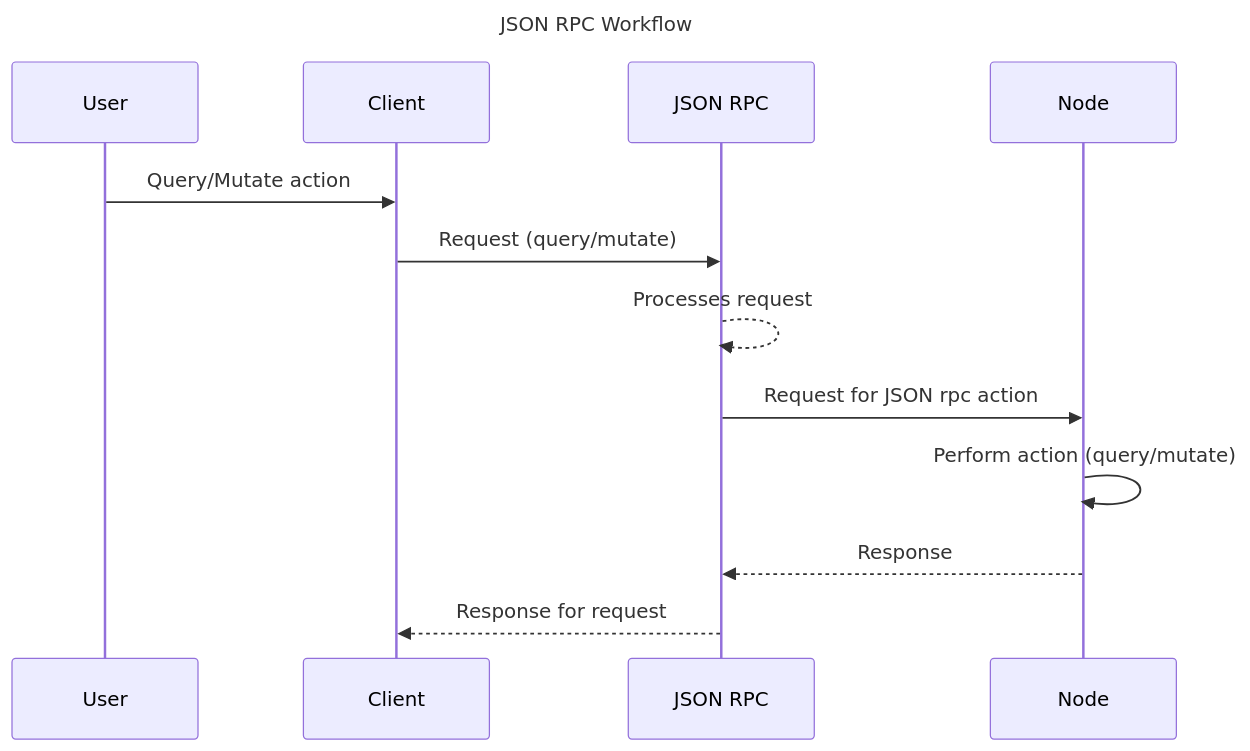
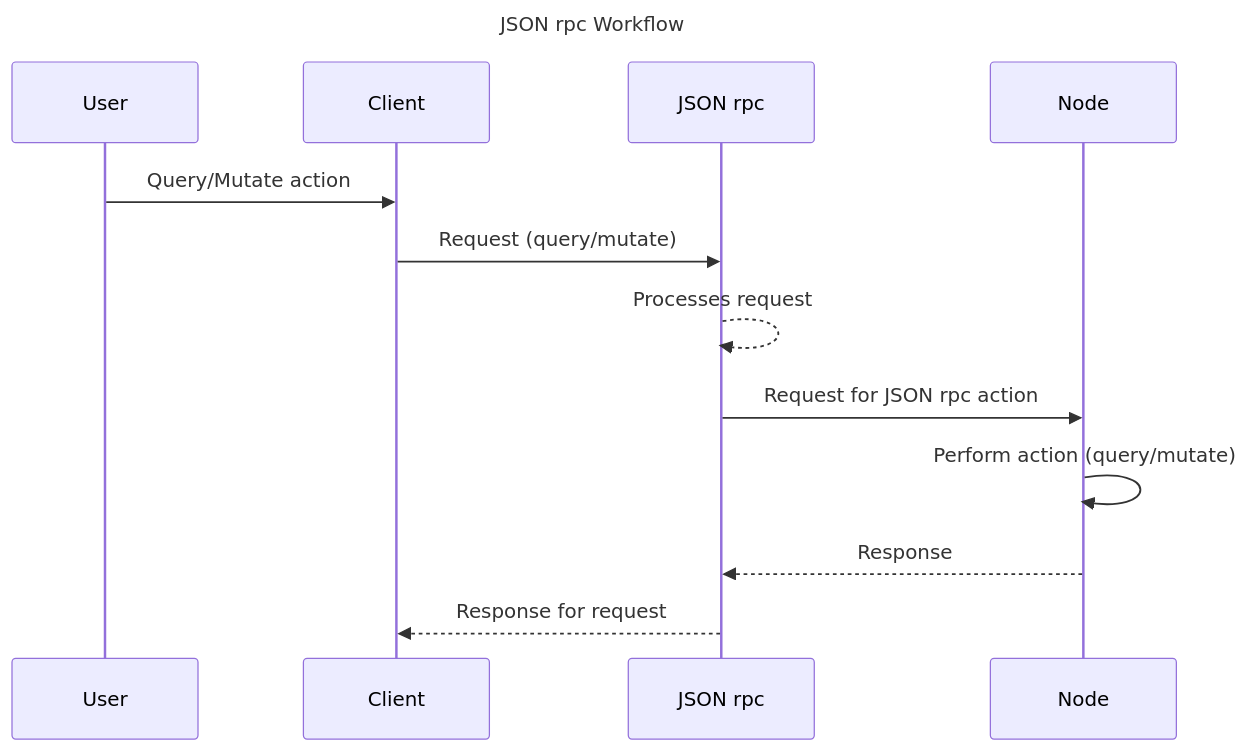
Before and after one commit to calimero-network/core: the second of 3 diagrams in crates/server/README.md, drawn with Mermaid. The commit also changed other lines of this file, not shown here.

Commit message:
fix: downcast rpc

````diff
--- a/crates/server/README.md
+++ b/crates/server/README.md
@@ -115,17 +115,17 @@
 ```mermaid
 sequenceDiagram
-    title JSON RPC Workflow
+    title JSON rpc Workflow
 
     participant User
     participant Client
-    participant JSON RPC
+    participant JSON rpc
     participant Node
 
     User->>Client: Query/Mutate action
-    Client->>JSON RPC: Request (query/mutate)
-    JSON RPC-->>JSON RPC: Processes request
-    JSON RPC->>Node: Request for JSON rpc action
+    Client->>JSON rpc: Request (query/mutate)
+    JSON rpc-->>JSON rpc: Processes request
+    JSON rpc->>Node: Request for JSON rpc action
     Node->>Node: Perform action (query/mutate)
-    Node-->>JSON RPC: Response
-    JSON RPC-->>Client: Response for request
+    Node-->>JSON rpc: Response
+    JSON rpc-->>Client: Response for request
 ```
````
